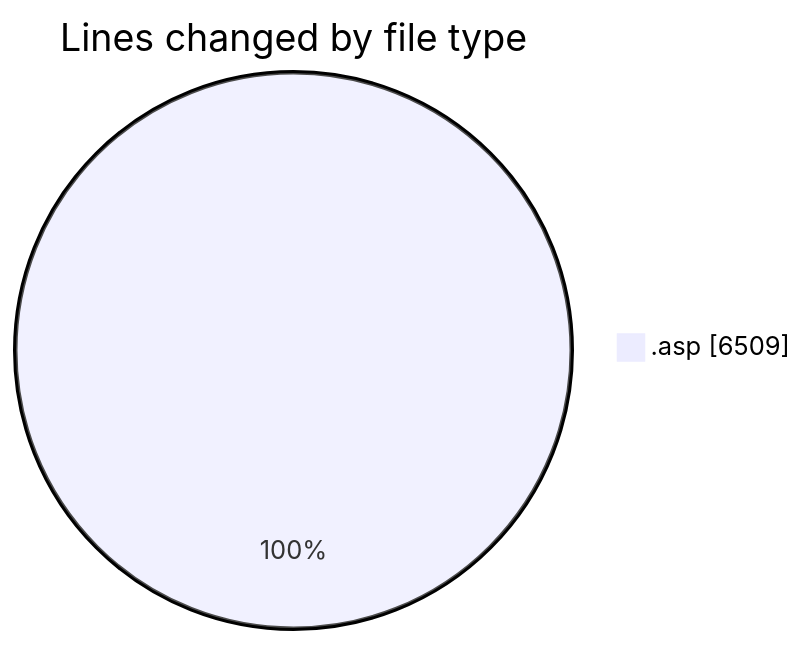
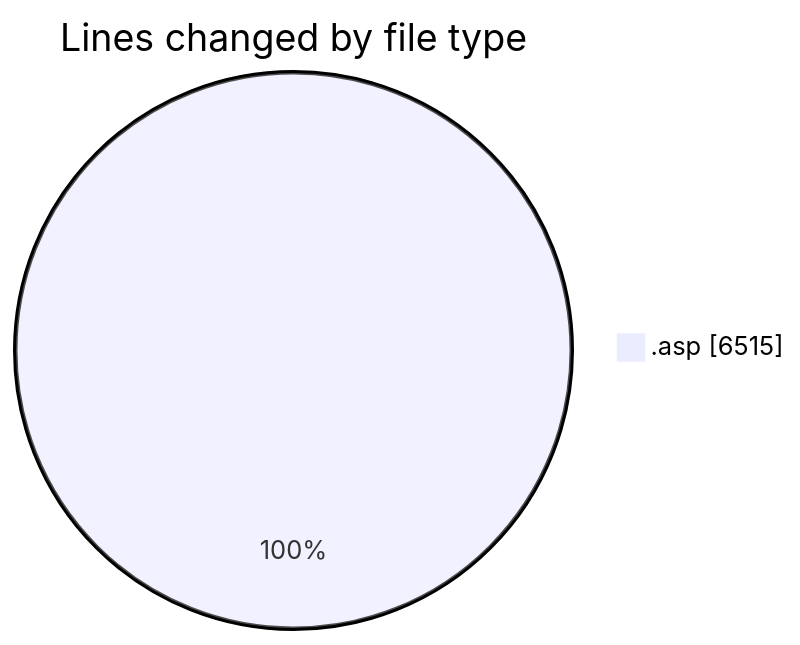
One commit to julien-gomy/code-tracking changed the first of 2 diagrams in 2025-11-15/cdp_aleoudev_fr__workspace_/README.md. Above: the diagram before and after it, drawn with Mermaid. The commit also changed other lines of this file and 1 other file, not shown here.

````diff
--- a/2025-11-15/cdp_aleoudev_fr__workspace_/README.md
+++ b/2025-11-15/cdp_aleoudev_fr__workspace_/README.md
@@ -29,5 +29,5 @@
 ```mermaid
 pie showData
 title Lines changed by file type
-".asp" : 6509
+".asp" : 6515
 ```
````
